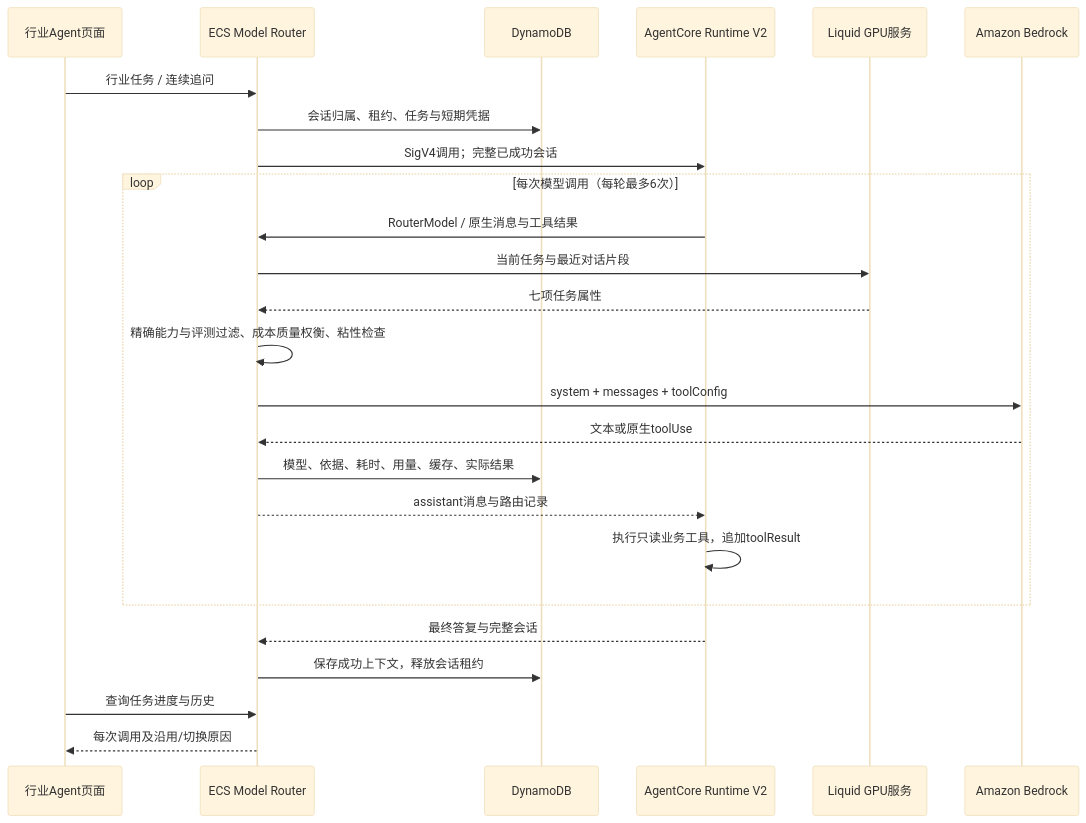
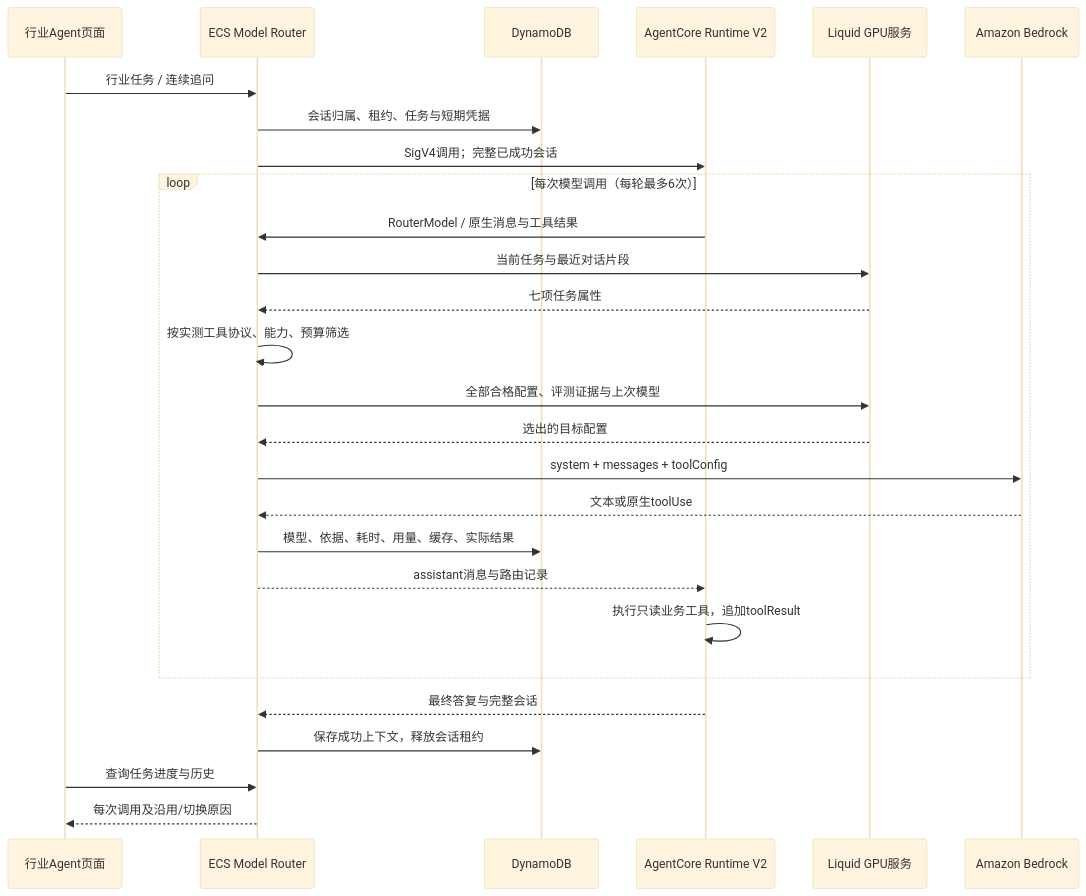
The diagram in docs/INDUSTRY_AGENTS.zh.md (milan9527/DeciderModelRouter), drawn with Mermaid (base theme) before and after one commit. The commit also changed other lines of this file and 84 other files, not shown here.

````diff
--- a/docs/INDUSTRY_AGENTS.zh.md
+++ b/docs/INDUSTRY_AGENTS.zh.md
@@ -36,27 +38,29 @@
 ```mermaid
 sequenceDiagram
     participant UI as 行业Agent页面
     participant GW as ECS Model Router
     participant DB as DynamoDB
     participant AC as AgentCore Runtime V2
     participant GPU as Liquid GPU服务
     participant BR as Amazon Bedrock
     UI->>GW: 行业任务 / 连续追问
     GW->>DB: 会话归属、租约、任务与短期凭据
     GW->>AC: SigV4调用；完整已成功会话
     loop 每次模型调用（每轮最多6次）
         AC->>GW: RouterModel / 原生消息与工具结果
         GW->>GPU: 当前任务与最近对话片段
         GPU-->>GW: 七项任务属性
-        GW->>GW: 精确能力与评测过滤、成本质量权衡、粘性检查
+        GW->>GW: 按实测工具协议、能力、预算筛选
+        GW->>GPU: 全部合格配置、评测证据与上次模型
+        GPU-->>GW: 选出的目标配置
         GW->>BR: system + messages + toolConfig
         BR-->>GW: 文本或原生toolUse
         GW->>DB: 模型、依据、耗时、用量、缓存、实际结果
         GW-->>AC: assistant消息与路由记录
         AC->>AC: 执行只读业务工具，追加toolResult
     end
     AC-->>GW: 最终答复与完整会话
     GW->>DB: 保存成功上下文，释放会话租约
     UI->>GW: 查询任务进度与历史
     GW-->>UI: 每次调用及沿用/切换原因
 ```
````
